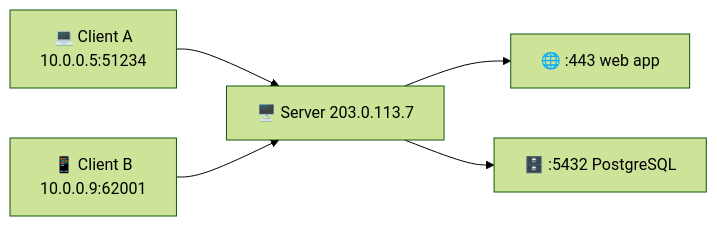
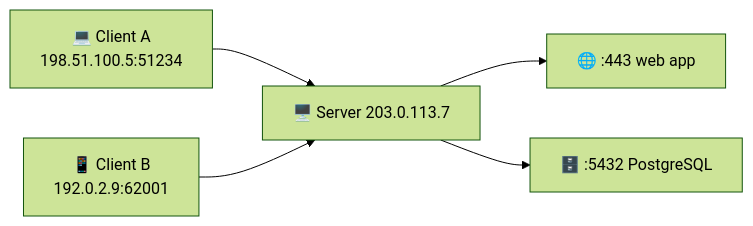
One commit to XiangXu/ywjxx changed the second of 2 diagrams in content/系统设计/Networking Basics.md. Above: the diagram before and after it, drawn with Mermaid (forest theme). The commit also changed other lines of this file, not shown here.

````diff
--- a/content/系统设计/Networking Basics.md
+++ b/content/系统设计/Networking Basics.md
@@ -248,7 +260,7 @@
 ```mermaid
 flowchart LR
-    C1["💻 Client A<br/>10.0.0.5:51234"] --> S
-    C2["📱 Client B<br/>10.0.0.9:62001"] --> S
+    C1["💻 Client A<br/>198.51.100.5:51234"] --> S
+    C2["📱 Client B<br/>192.0.2.9:62001"] --> S
     S["🖥️ Server 203.0.113.7"] --> P1["🌐 :443 web app"]
     S --> P2["🗄️ :5432 PostgreSQL"]
 ```
````
